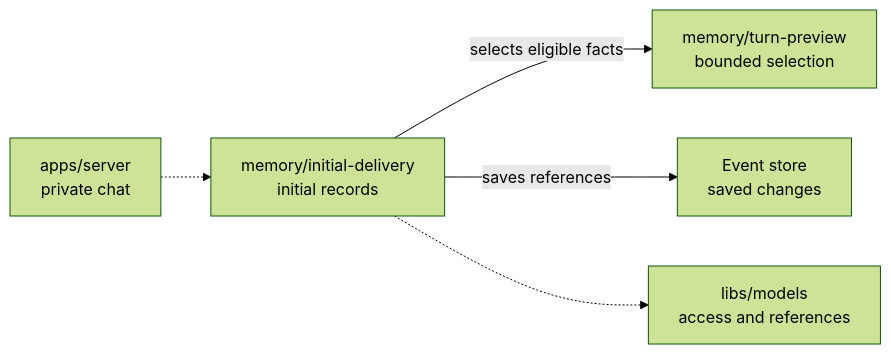
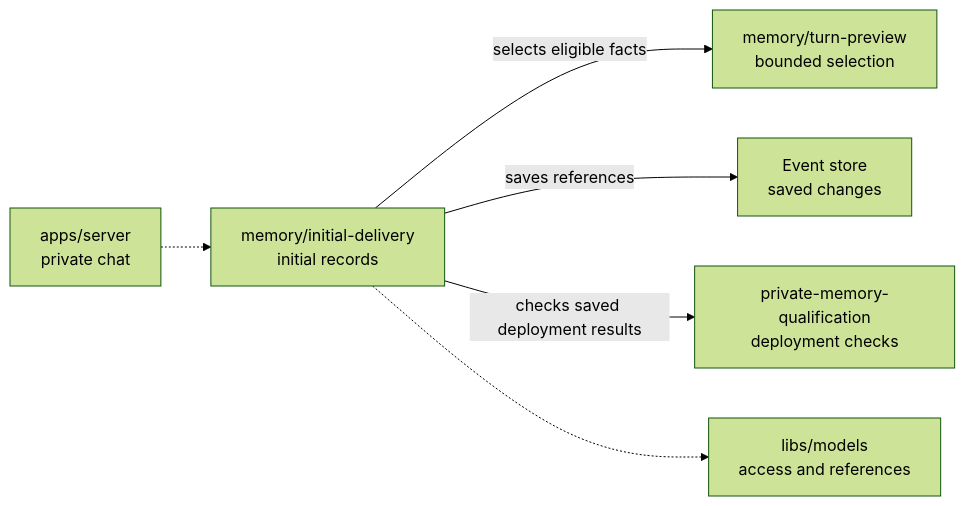
The diagram in docs/process/p4-15-pr5d/README.md (elewa-git/opencrane-new), drawn with Mermaid (forest theme) before and after one commit. The commit also changed other lines of this file and 11 other files, not shown here.

Commit message:
📝 Record deployment gates, membership checks and validation limits

````diff
--- a/docs/process/p4-15-pr5d/README.md
+++ b/docs/process/p4-15-pr5d/README.md
@@ -12,7 +12,8 @@
 ```mermaid
 flowchart LR
   server["apps/server<br/>private chat"] -.-> initial["memory/initial-delivery<br/>initial records"]
   initial -->|selects eligible facts| preview["memory/turn-preview<br/>bounded selection"]
   initial -->|saves references| events["Event store<br/>saved changes"]
+  initial -->|checks saved deployment results| collector["private-memory-qualification<br/>deployment checks"]
   initial -.-> models["libs/models<br/>access and references"]
 ```
````
